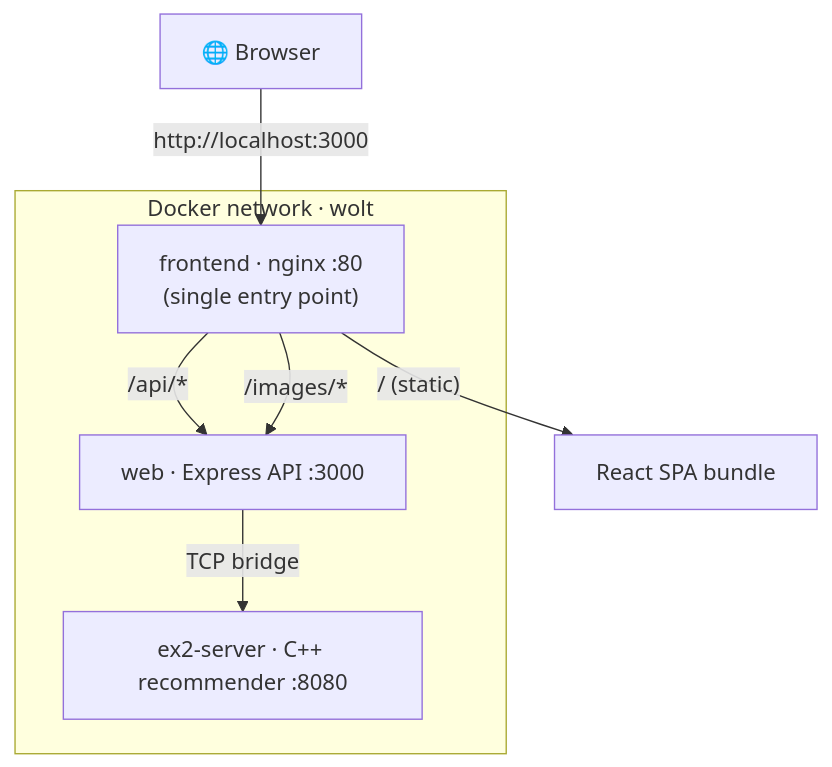
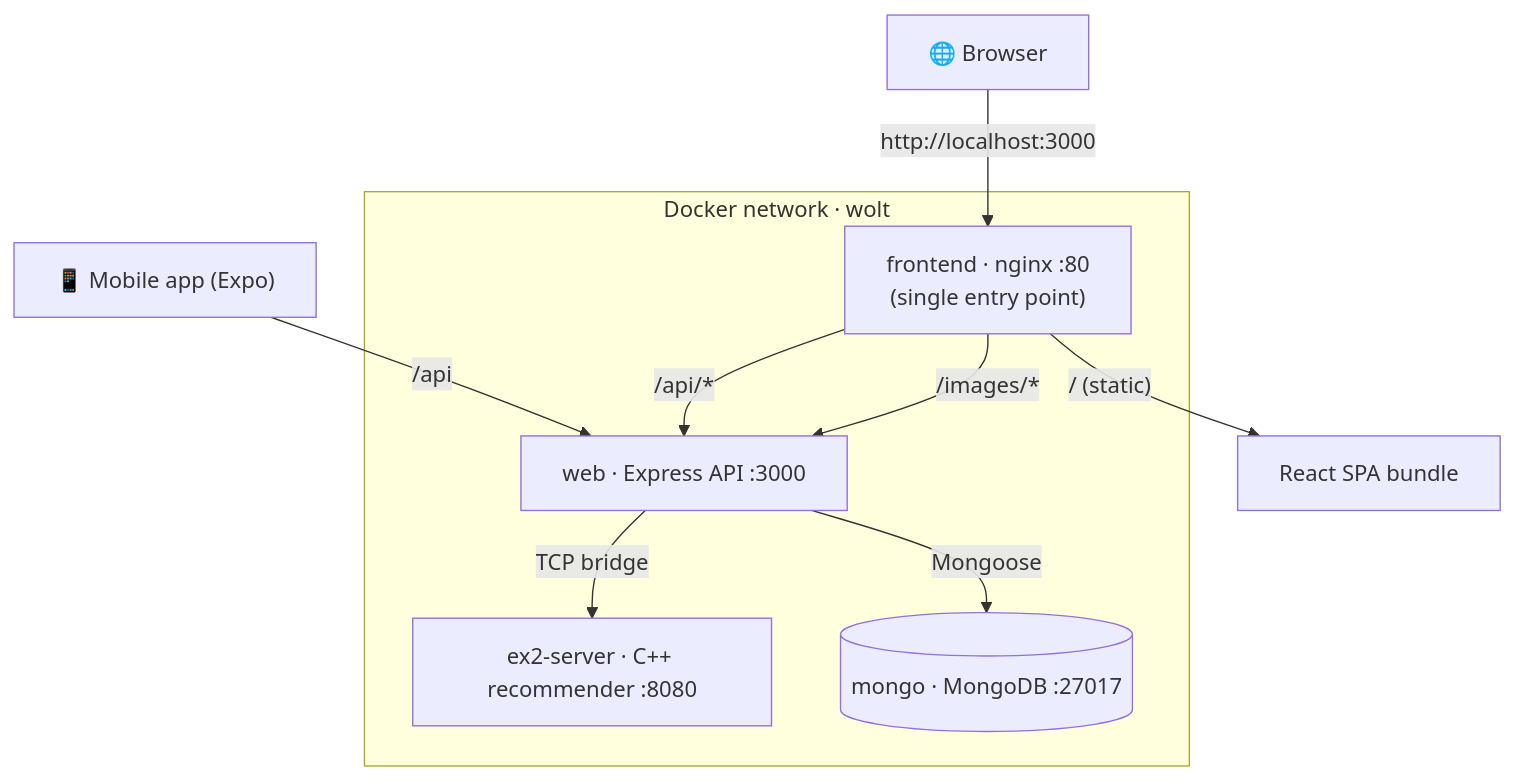
One commit to Royc4515/Wolt-clone changed the first of 2 diagrams in README.md. Above: the diagram before and after it, drawn with Mermaid. The commit also changed other lines of this file, not shown here.

First line of the commit message:
README: describe the Ex5 stack (MongoDB, mobile app, four containers)

````diff
--- a/README.md
+++ b/README.md
@@ -73,15 +75,19 @@
 ```mermaid
 flowchart TD
     Browser["🌐 Browser"] -->|"http://localhost:3000"| nginx
 
     subgraph net["Docker network · wolt"]
         nginx["frontend · nginx :80<br/>(single entry point)"]
         web["web · Express API :3000"]
         cpp["ex2-server · C++ recommender :8080"]
+        mongo[("mongo · MongoDB :27017")]
     end
+
+    Mobile["📱 Mobile app (Expo)"] -->|"/api"| web
 
     nginx -->|"/ (static)"| spa["React SPA bundle"]
     nginx -->|"/api/*"| web
     nginx -->|"/images/*"| web
     web -->|"TCP bridge"| cpp
+    web -->|"Mongoose"| mongo
 ```
````
